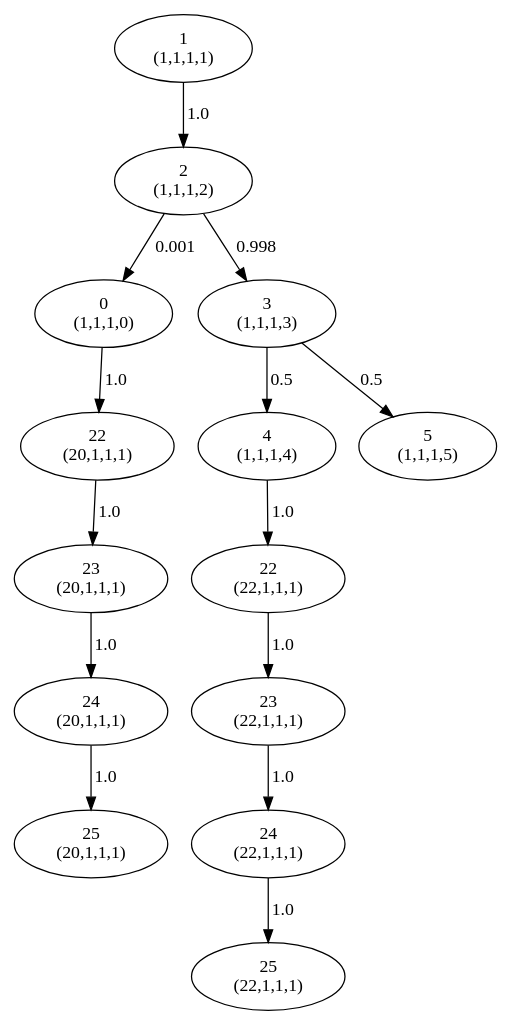
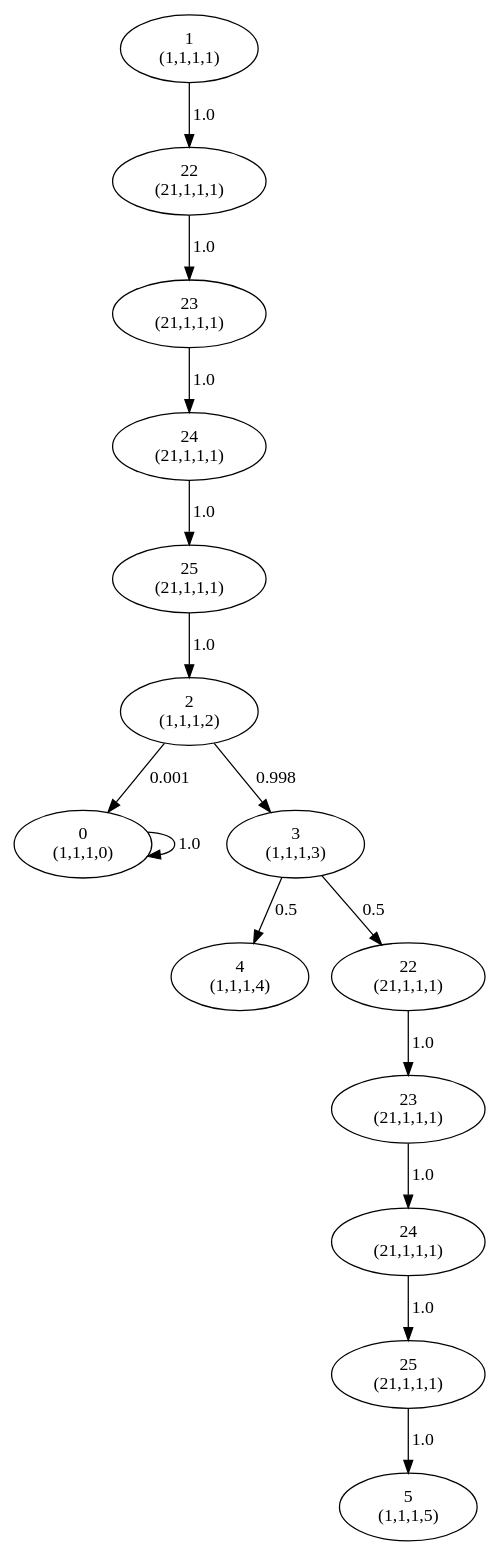
Before and after one commit to rbonifacio/hephaestus-pl: the diagram in src/meta-hephaestus/HplProducts/samples/dtmcComposed/output/fDTMC_Example_02/simple.dot, drawn with Graphviz. The commit also changed 23 other files, not shown here.

```diff
--- a/src/meta-hephaestus/HplProducts/samples/dtmcComposed/output/fDTMC_Example_02/simple.dot
+++ b/src/meta-hephaestus/HplProducts/samples/dtmcComposed/output/fDTMC_Example_02/simple.dot
@@ -1,29 +1,30 @@
 digraph {
     0 [label="0\n(1,1,1,0)"];
     1 [label="1\n(1,1,1,1)"];
     2 [label="2\n(1,1,1,2)"];
     3 [label="3\n(1,1,1,3)"];
     4 [label="4\n(1,1,1,4)"];
     5 [label="5\n(1,1,1,5)"];
-    28 [label="22\n(20,1,1,1)"];
-    29 [label="23\n(20,1,1,1)"];
-    30 [label="24\n(20,1,1,1)"];
-    31 [label="25\n(20,1,1,1)"];
-    54 [label="22\n(22,1,1,1)"];
-    55 [label="23\n(22,1,1,1)"];
-    56 [label="24\n(22,1,1,1)"];
-    57 [label="25\n(22,1,1,1)"];
-    0 -> 28 [label=1.0];
-    1 -> 2 [label=1.0];
+    28 [label="22\n(21,1,1,1)"];
+    29 [label="23\n(21,1,1,1)"];
+    30 [label="24\n(21,1,1,1)"];
+    31 [label="25\n(21,1,1,1)"];
+    54 [label="22\n(21,1,1,1)"];
+    55 [label="23\n(21,1,1,1)"];
+    56 [label="24\n(21,1,1,1)"];
+    57 [label="25\n(21,1,1,1)"];
+    0 -> 0 [label=1.0];
+    1 -> 28 [label=1.0];
     2 -> 0 [label=0.001];
     2 -> 3 [label=0.998];
     3 -> 4 [label=0.5];
-    3 -> 5 [label=0.5];
-    4 -> 54 [label=1.0];
+    3 -> 54 [label=0.5];
     28 -> 29 [label=1.0];
     29 -> 30 [label=1.0];
     30 -> 31 [label=1.0];
+    31 -> 2 [label=1.0];
     54 -> 55 [label=1.0];
     55 -> 56 [label=1.0];
     56 -> 57 [label=1.0];
+    57 -> 5 [label=1.0];
 }
```
